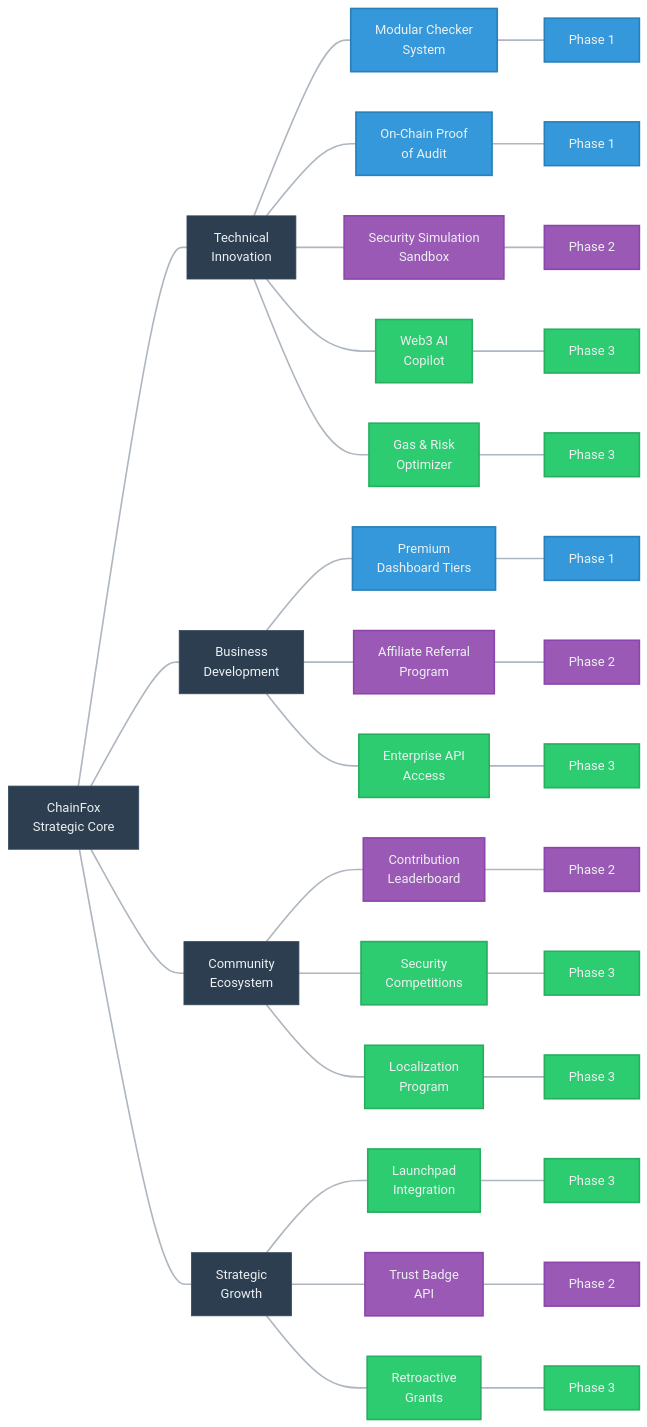
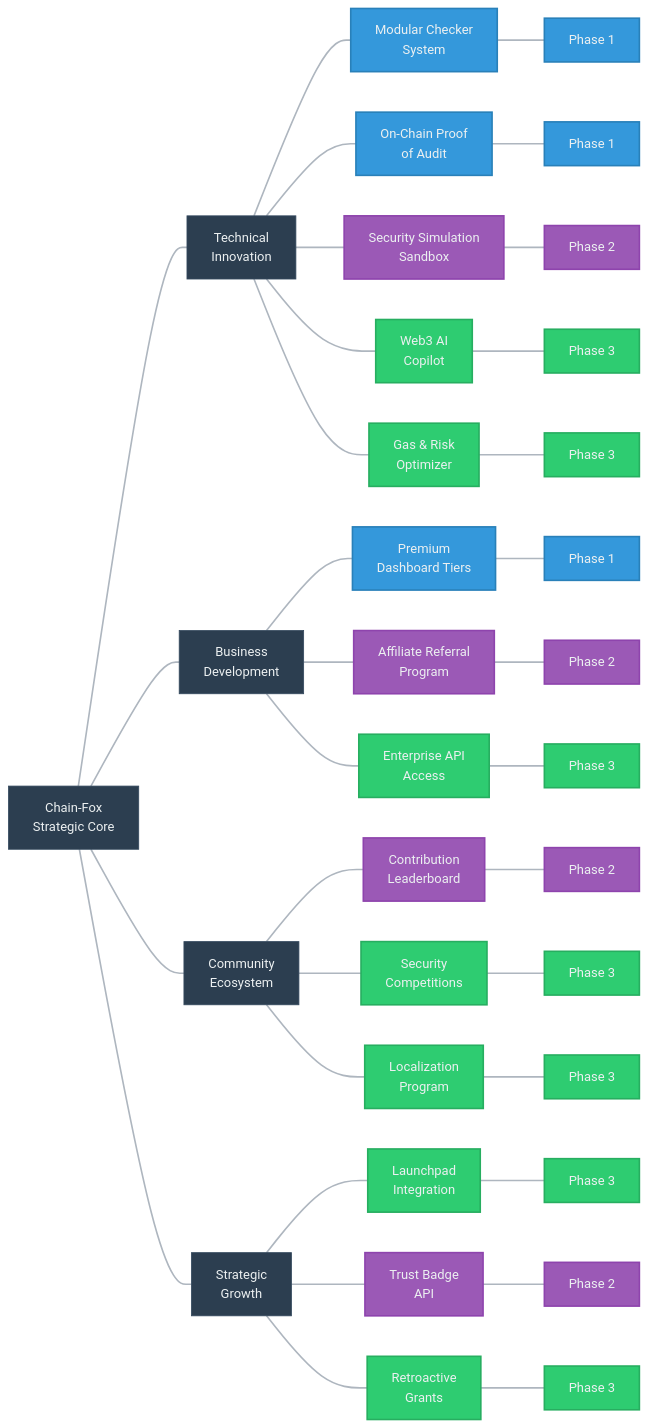
One commit to Chain-Fox/white-paper changed the second of 3 diagrams in chapters/07-roadmap.md. Above: the diagram before and after it, drawn with Mermaid. The commit also changed other lines of this file and 3 other files, not shown here.

````diff
--- a/chapters/07-roadmap.md
+++ b/chapters/07-roadmap.md
@@ -104,76 +104,76 @@
 ```mermaid
 %%{init: {
   'theme': 'base',
   'themeVariables': {
     'primaryColor': '#2C3E50',
     'primaryTextColor': '#ECF0F1',
     'primaryBorderColor': '#34495E',
     'lineColor': '#AEB6BF',
     'secondaryColor': 'transparent',
     'tertiaryColor': 'transparent',
     'fontFamily': 'Arial, sans-serif',
     'fontSize': '16px'
   }
 }}%%
 graph LR
     classDef phase1 fill:#3498DB,stroke:#2980B9,color:#ECF0F1,stroke-width:2px
     classDef phase2 fill:#9B59B6,stroke:#8E44AD,color:#ECF0F1,stroke-width:2px
     classDef phase3 fill:#2ECC71,stroke:#27AE60,color:#ECF0F1,stroke-width:2px
     
-    Root[ChainFox<br>Strategic Core]
+    Root[Chain-Fox<br>Strategic Core]
     
     %% First level branches
     Root --- Tech[Technical<br>Innovation]
     Root --- Business[Business<br>Development]
     Root --- Community[Community<br>Ecosystem]
     Root --- Strategic[Strategic<br>Growth]
     
     %% Technical Innovation branch
     Tech --- T1[Modular Checker<br>System]:::phase1
     T1 --- T1note[Phase 1]:::phase1
     
     Tech --- T2[On-Chain Proof<br>of Audit]:::phase1
     T2 --- T2note[Phase 1]:::phase1
     
     Tech --- T3[Security Simulation<br>Sandbox]:::phase2
     T3 --- T3note[Phase 2]:::phase2
     
     Tech --- T4[Web3 AI<br>Copilot]:::phase3
     T4 --- T4note[Phase 3]:::phase3
     
     Tech --- T5[Gas & Risk<br>Optimizer]:::phase3
     T5 --- T5note[Phase 3]:::phase3
     
     %% Business Development branch
     Business --- B1[Premium<br>Dashboard Tiers]:::phase1
     B1 --- B1note[Phase 1]:::phase1
     
     Business --- B2[Affiliate Referral<br>Program]:::phase2
     B2 --- B2note[Phase 2]:::phase2
     
     Business --- B3[Enterprise API<br>Access]:::phase3
     B3 --- B3note[Phase 3]:::phase3
     
     %% Community Ecosystem branch
     Community --- C1[Contribution<br>Leaderboard]:::phase2
     C1 --- C1note[Phase 2]:::phase2
     
     Community --- C2[Security<br>Competitions]:::phase3
     C2 --- C2note[Phase 3]:::phase3
     
     Community --- C3[Localization<br>Program]:::phase3
     C3 --- C3note[Phase 3]:::phase3
     
     %% Strategic Growth branch
     Strategic --- S1[Launchpad<br>Integration]:::phase3
     S1 --- S1note[Phase 3]:::phase3
     
     Strategic --- S2[Trust Badge<br>API]:::phase2
     S2 --- S2note[Phase 2]:::phase2
     
     Strategic --- S3[Retroactive<br>Grants]:::phase3
     S3 --- S3note[Phase 3]:::phase3
     
     %% Style layout
     linkStyle default stroke-width:2px
 ```
````
